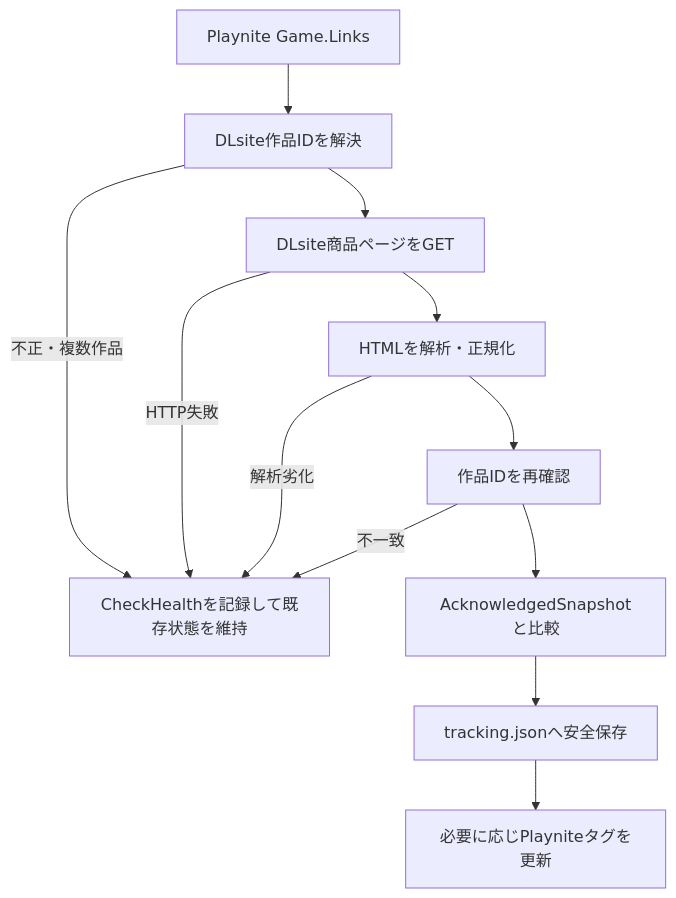
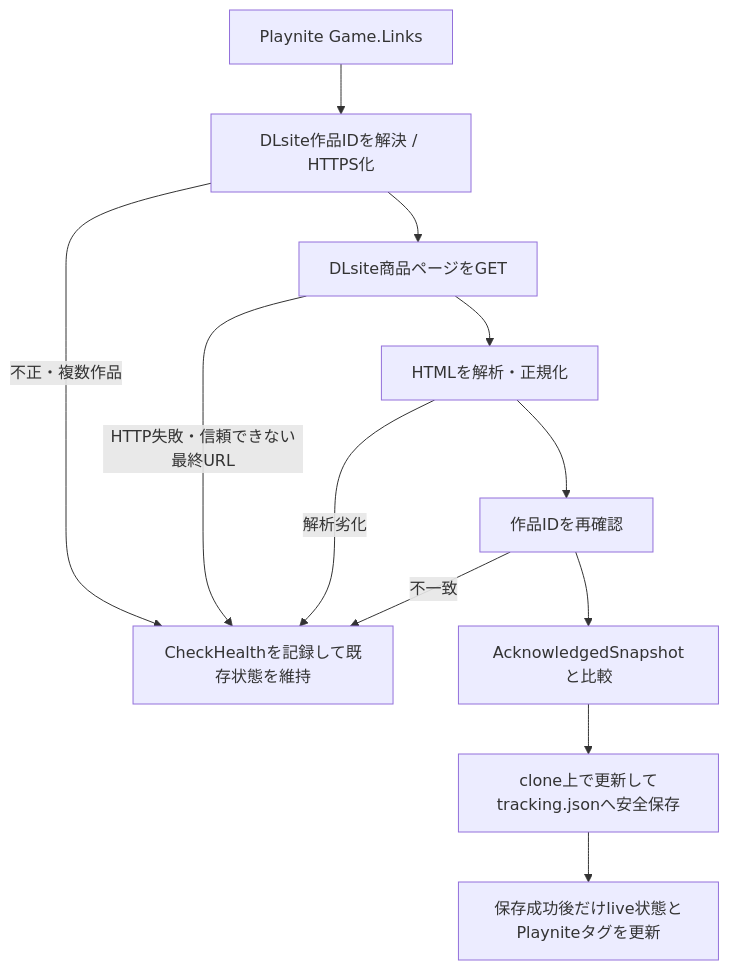
One commit to Hoyomaru/DLsite-Update-Monitor changed the diagram in README.md. Above: the diagram before and after it, drawn with Mermaid. The commit also changed other lines of this file, not shown here.

````diff
--- a/README.md
+++ b/README.md
@@ -253,14 +278,14 @@
 ```mermaid
 flowchart TD
-    A[Playnite Game.Links] --> B[DLsite作品IDを解決]
+    A[Playnite Game.Links] --> B[DLsite作品IDを解決 / HTTPS化]
     B -->|不正・複数作品| E[CheckHealthを記録して既存状態を維持]
     B --> C[DLsite商品ページをGET]
-    C -->|HTTP失敗| E
+    C -->|HTTP失敗・信頼できない最終URL| E
     C --> D[HTMLを解析・正規化]
     D -->|解析劣化| E
     D --> F[作品IDを再確認]
     F -->|不一致| E
     F --> G[AcknowledgedSnapshotと比較]
-    G --> H[tracking.jsonへ安全保存]
-    H --> I[必要に応じPlayniteタグを更新]
+    G --> H[clone上で更新してtracking.jsonへ安全保存]
+    H --> I[保存成功後だけlive状態とPlayniteタグを更新]
 ```
````
